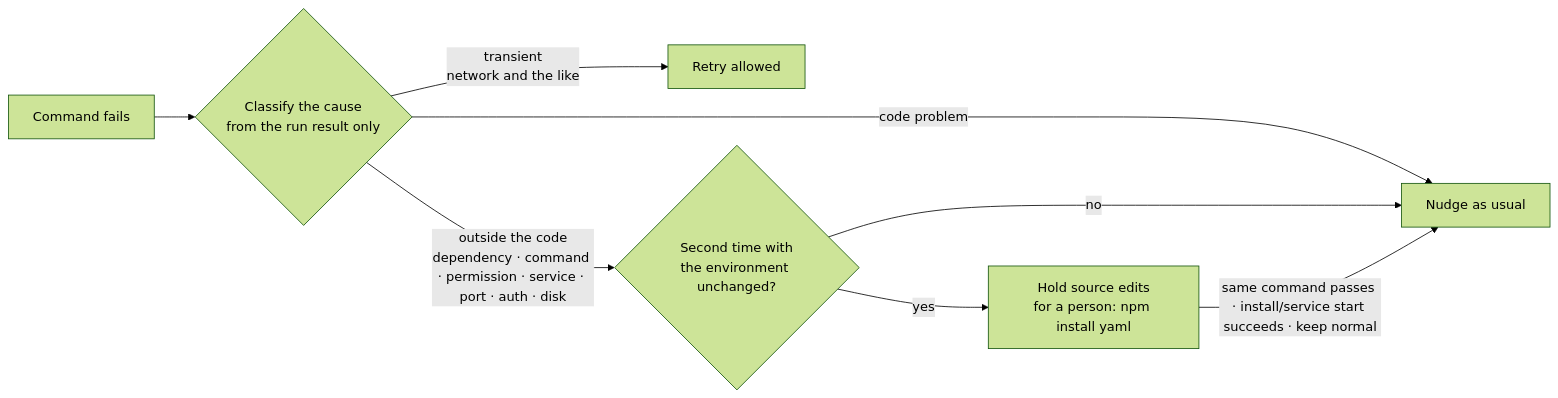
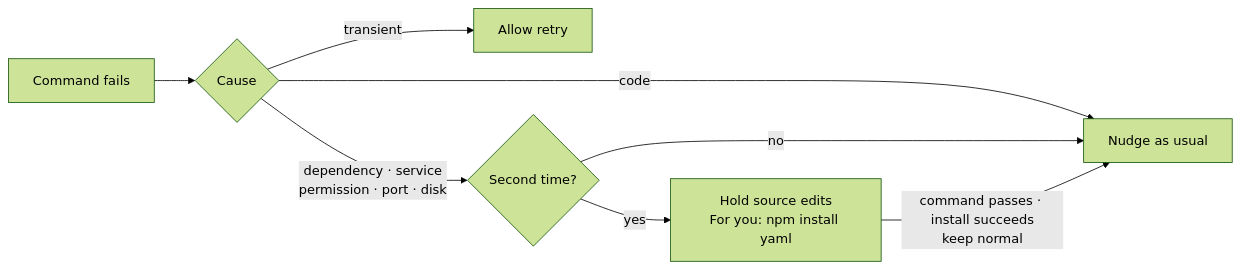
Before and after one commit to JinHo-von-Choi/anti-samcheonpo: the second of 3 diagrams in README.en.md, drawn with Mermaid (forest theme). The commit also changed other lines of this file and 4 other files, not shown here.

````diff
--- a/README.en.md
+++ b/README.en.md
@@ -118,10 +92,10 @@
 ```mermaid
 flowchart LR
-    F[Command fails] --> C{Classify the cause<br/>from the run result only}
-    C -->|code problem| K[Nudge as usual]
-    C -->|transient<br/>network and the like| T[Retry allowed]
-    C -->|outside the code<br/>dependency · command · permission · service · port · auth · disk| X{Second time with<br/>the environment unchanged?}
+    F[Command fails] --> C{Cause}
+    C -->|code| K[Nudge as usual]
+    C -->|transient| T[Allow retry]
+    C -->|dependency · service<br/>permission · port · disk| X{Second time?}
     X -->|no| K
-    X -->|yes| Z[Hold source edits<br/>for a person: npm install yaml]
-    Z -->|same command passes · install/service start succeeds · keep normal| K
+    X -->|yes| Z[Hold source edits<br/>For you: npm install yaml]
+    Z -->|command passes · install succeeds<br/>keep normal| K
 ```
````
